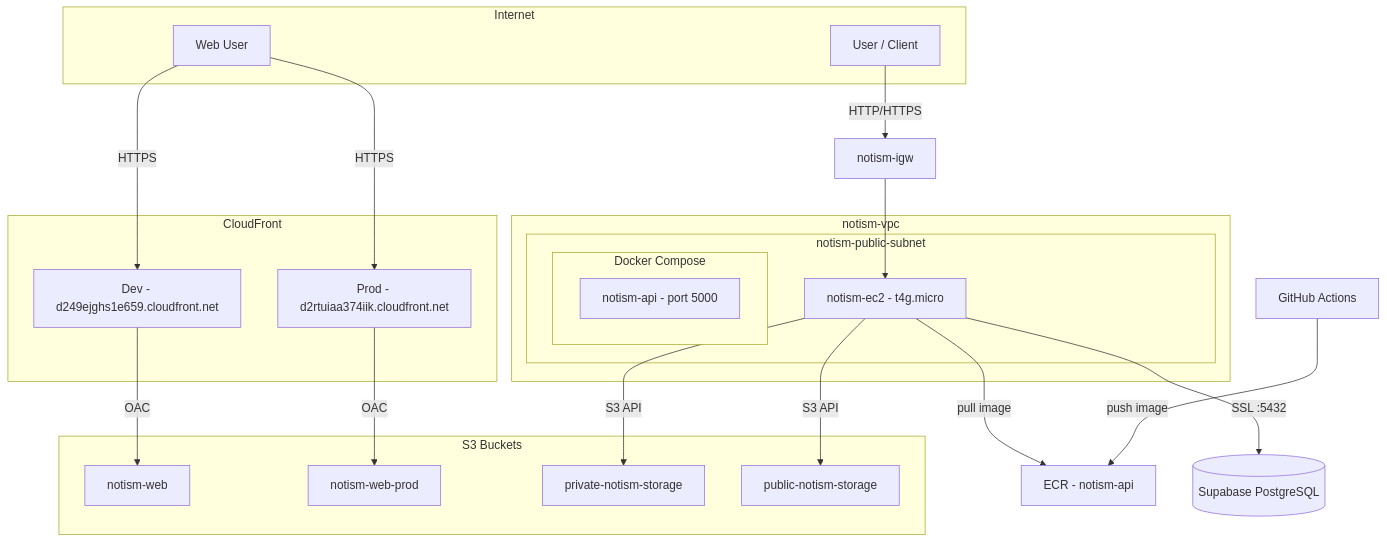
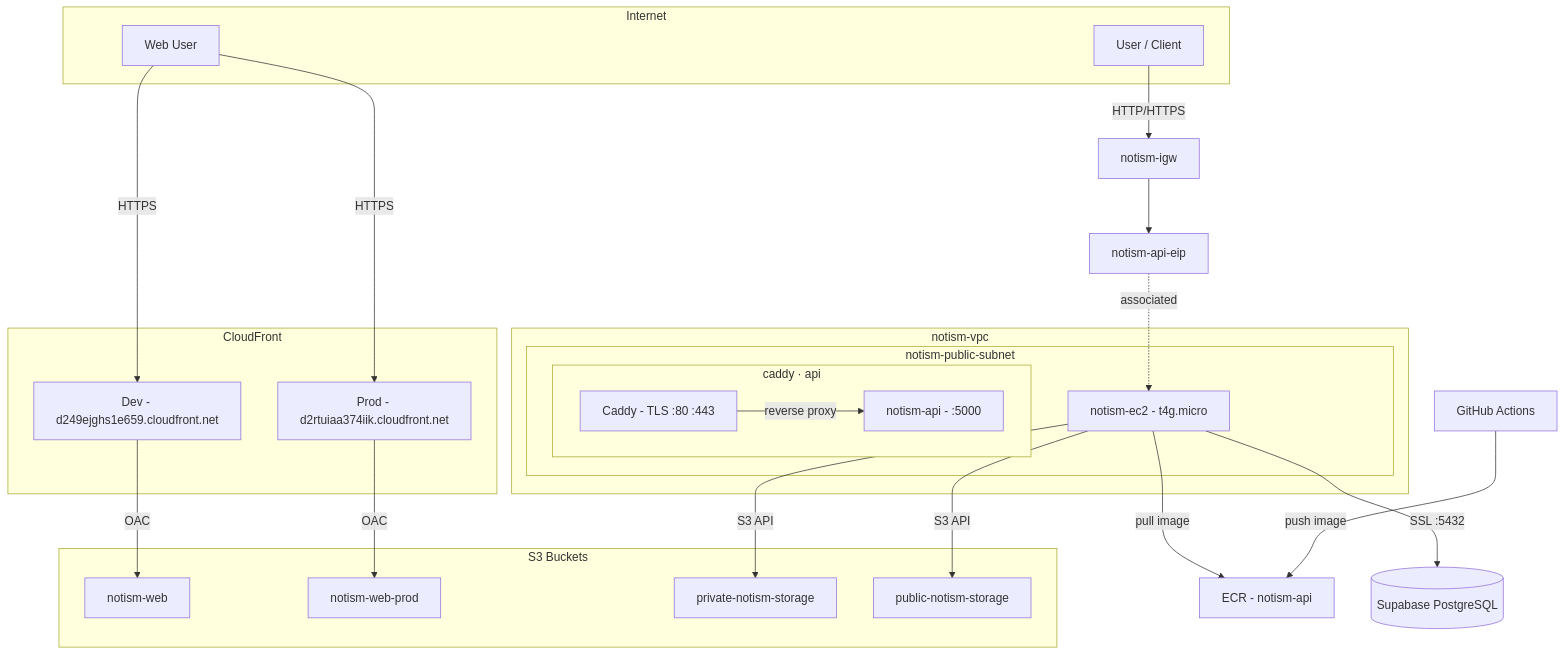
One commit to simpscal/notism-api changed the first of 2 diagrams in docs/infra/aws-architecture.md. Above: the diagram before and after it, drawn with Mermaid.

Commit message:
docs(infra): restore EIP node, add Caddy TLS to diagram

````diff
--- a/docs/infra/aws-architecture.md
+++ b/docs/infra/aws-architecture.md
@@ -9,45 +9,49 @@
 ```mermaid
 flowchart TB
   subgraph internet [Internet]
     User[User / Client]
     WebUser[Web User]
   end
 
   IGW[notism-igw]
+  EIP[notism-api-eip]
   ECR[ECR - notism-api]
   Supabase[(Supabase PostgreSQL)]
 
   subgraph cdn [CloudFront]
     CFDev[Dev - d249ejghs1e659.cloudfront.net]
     CFProd[Prod - d2rtuiaa374iik.cloudfront.net]
   end
 
   subgraph s3 [S3 Buckets]
     S3Web[notism-web]
     S3WebProd[notism-web-prod]
     S3Private[private-notism-storage]
     S3Public[public-notism-storage]
   end
 
   subgraph vpc [notism-vpc]
     subgraph publicSubnet [notism-public-subnet]
       EC2[notism-ec2 - t4g.micro]
-      subgraph compose [Docker Compose]
-        API[notism-api - port 5000]
+      subgraph containers [caddy · api]
+        Caddy[Caddy - TLS :80 :443]
+        API[notism-api - :5000]
+        Caddy -->|reverse proxy| API
       end
     end
   end
 
   WebUser -->|HTTPS| CFDev
   WebUser -->|HTTPS| CFProd
   CFDev -->|OAC| S3Web
   CFProd -->|OAC| S3WebProd
 
   User -->|HTTP/HTTPS| IGW
-  IGW --> EC2
+  IGW --> EIP
+  EIP -.->|associated| EC2
   EC2 -->|S3 API| S3Private
   EC2 -->|S3 API| S3Public
   EC2 -->|pull image| ECR
   EC2 -->|"SSL :5432"| Supabase
   CI[GitHub Actions] -->|push image| ECR
 ```
````
